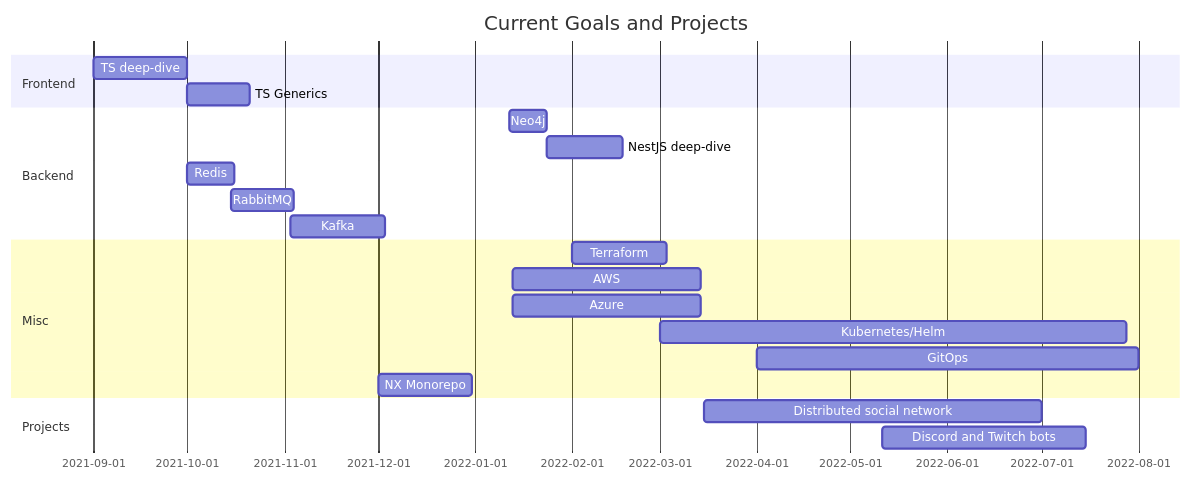
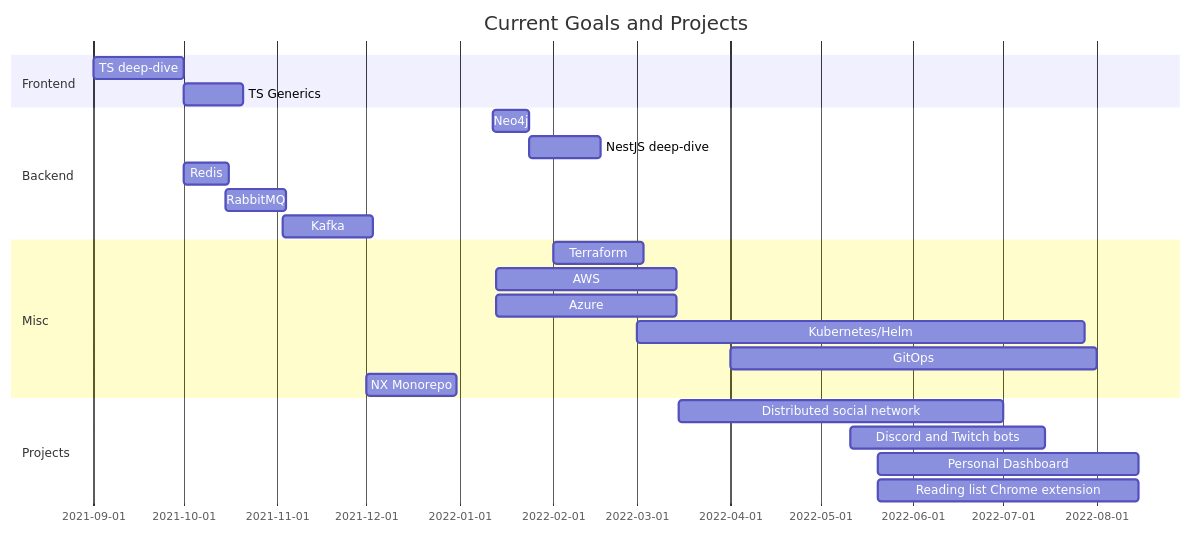
One commit to millbj92/millbj92 changed the diagram in README.md. Above: the diagram before and after it, drawn with Mermaid.

````diff
--- a/README.md
+++ b/README.md
@@ -18,25 +18,27 @@
 ```mermaid
 gantt
     title Current Goals and Projects
     %% this is a comment
     dateFormat  YYYY-MM-DD
     section Frontend
     TS deep-dive          :a1, 2021-09-01, 30d
     TS Generics     :after a1  , 20d
     section Backend
     Neo4j      :2022-01-12  , 12d
     NestJS deep-dive      : 24d
     Redis             :2021-10-01, 15d
     RabbitMQ          :2021-10-15, 20d
     Kafka             :2021-11-03, 30d
     section Misc
     Terraform             :2022-02-01, 30d
     AWS                   :2022-01-13, 60d
     Azure                 :2022-01-13, 60d
     Kubernetes/Helm       :2022-03-01, 2022-07-28
     GitOps                :2022-04-01, 2022-08-01
     NX Monorepo           :2021-12-01, 30d
     section Projects
     Distributed social network    :2022-03-15, 2022-07-01
     Discord and Twitch bots       :2022-05-11, 2022-07-15
+    Personal Dashboard            :2022-05-20, 2022-08-15
+    Reading list Chrome extension  :2022-05-20, 2022-08-15
 ```
````
